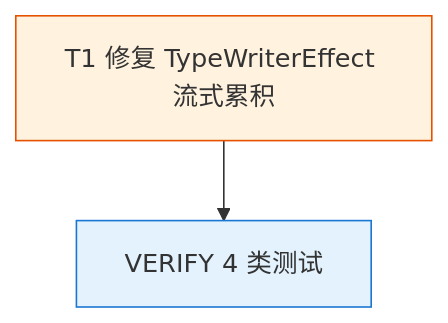
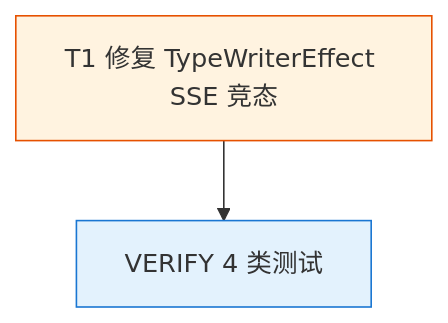
Before and after one commit to zhangjian24/llm: the diagram in openspec/changes/fix-qwen-chatbot-streaming-typewriter-restart-20260606-2240/tasks.md, drawn with Mermaid. The commit also changed other lines of this file and 2 other files, not shown here.

````diff
--- a/openspec/changes/fix-qwen-chatbot-streaming-typewriter-restart-20260606-2240/tasks.md
+++ b/openspec/changes/fix-qwen-chatbot-streaming-typewriter-restart-20260606-2240/tasks.md
@@ -9,10 +9,10 @@
 ```mermaid
 graph TD
-    T1[T1 修复 TypeWriterEffect 流式累积]:::p1
+    T1[T1 修复 TypeWriterEffect SSE 竞态]:::p1
     V[VERIFY 4 类测试]:::verify
 
     T1 --> V
 
     classDef p1 fill:#fff3e0,stroke:#e65100
     classDef verify fill:#e3f2fd,stroke:#1976d2
 ```
````
